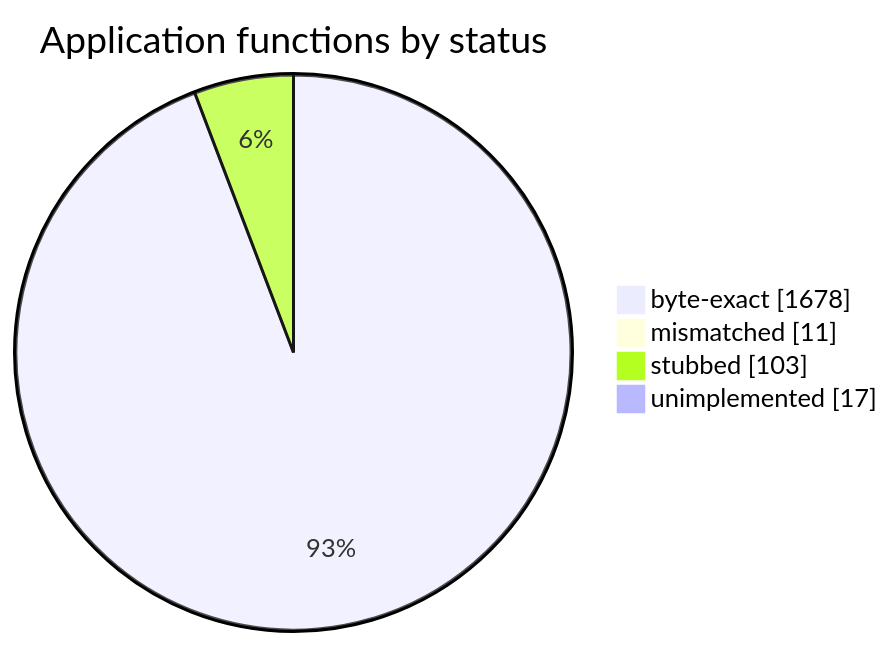
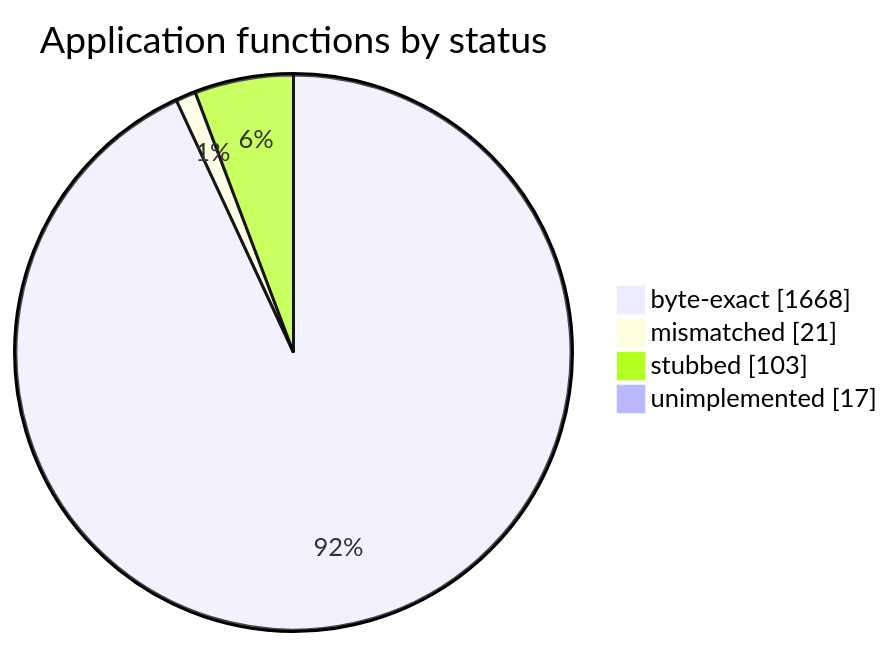
One commit to sorokya/eos changed the diagram in README.md. Above: the diagram before and after it, drawn with Mermaid. The commit also changed other lines of this file and 2 other files, not shown here.

````diff
--- a/README.md
+++ b/README.md
@@ -154,8 +154,8 @@
 ```mermaid
 pie showData
     title Application functions by status
-    "byte-exact" : 1678
-    "mismatched" : 11
+    "byte-exact" : 1668
+    "mismatched" : 21
     "stubbed" : 103
     "unimplemented" : 17
 ```
````
